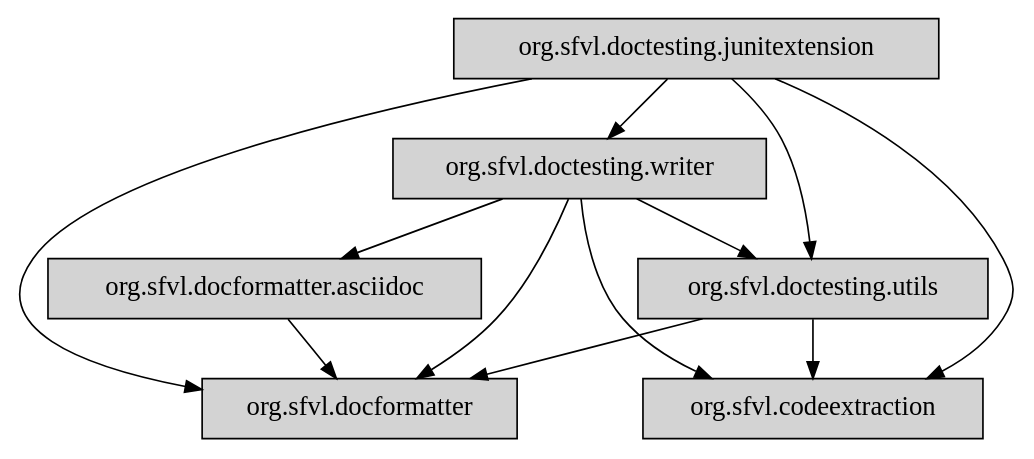
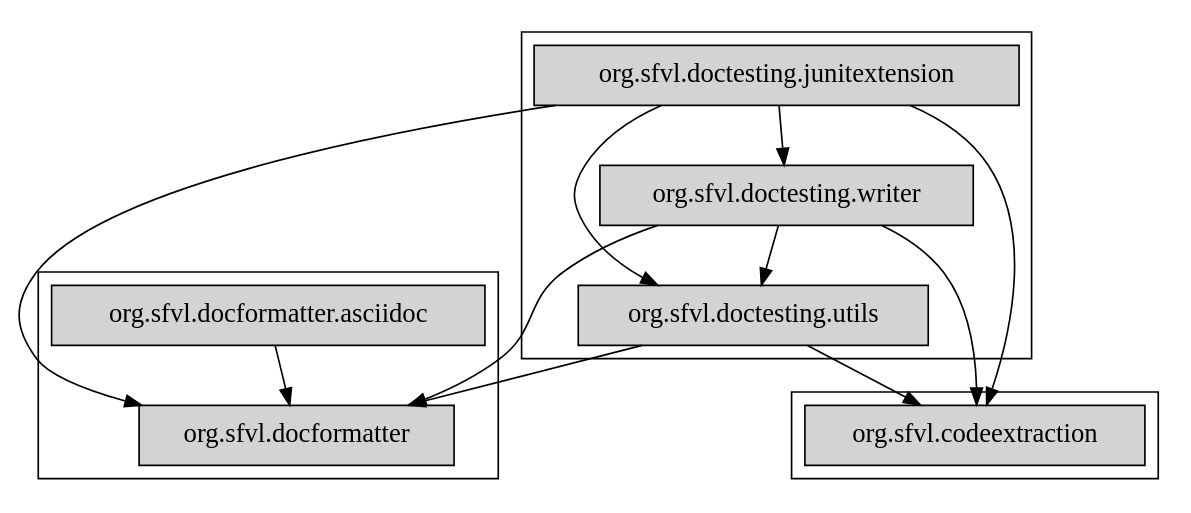
One commit to sfauvel/documentationtesting changed the diagram in documentationtesting/src/test/docs/org/sfvl/howto/_ProjectOrganization.package_dependencies.approved.adoc. Above: the diagram before and after it, drawn with Graphviz. The commit also changed 1 other file, not shown here.

Commit message:
Add cluster to graph

```diff
--- a/documentationtesting/src/test/docs/org/sfvl/howto/_ProjectOrganization.package_dependencies.approved.adoc
+++ b/documentationtesting/src/test/docs/org/sfvl/howto/_ProjectOrganization.package_dependencies.approved.adoc
@@ -8,18 +8,30 @@
 [graphviz]
 ----
 digraph g {
     rankdir=TD;
     node [margin=0.1 fontcolor=black fontsize=16 width=0.5 shape=rect style=filled]
+    subgraph cluster_codeextraction{
+        "org.sfvl.codeextraction"
+    }
+    subgraph cluster_docformatter{
+        "org.sfvl.docformatter.asciidoc"
+        "org.sfvl.docformatter"
+    }
+    subgraph cluster_doctesting{
+        "org.sfvl.doctesting.utils"
+        "org.sfvl.doctesting.writer"
+        "org.sfvl.doctesting.junitextension"
+    }
+    
     "org.sfvl.doctesting.utils" -> "org.sfvl.codeextraction"
     "org.sfvl.doctesting.writer" -> "org.sfvl.codeextraction"
-    "org.sfvl.doctesting.writer" -> "org.sfvl.docformatter.asciidoc"
     "org.sfvl.doctesting.writer" -> "org.sfvl.docformatter"
     "org.sfvl.doctesting.writer" -> "org.sfvl.doctesting.utils"
     "org.sfvl.doctesting.junitextension" -> "org.sfvl.docformatter"
     "org.sfvl.doctesting.junitextension" -> "org.sfvl.doctesting.utils"
     "org.sfvl.doctesting.junitextension" -> "org.sfvl.doctesting.writer"
     "org.sfvl.doctesting.utils" -> "org.sfvl.docformatter"
     "org.sfvl.docformatter.asciidoc" -> "org.sfvl.docformatter"
     "org.sfvl.doctesting.junitextension" -> "org.sfvl.codeextraction"
 }
 ----
```
